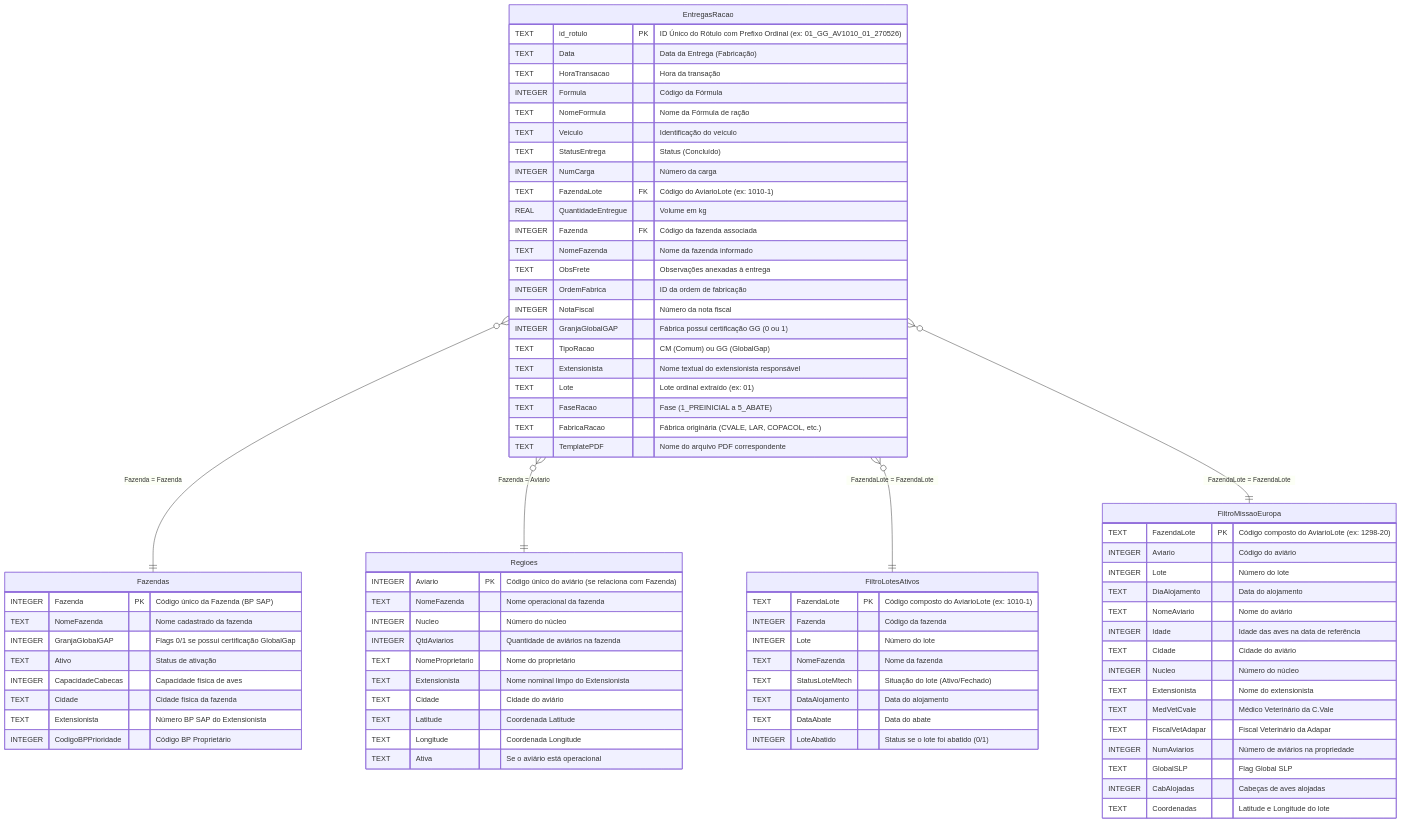
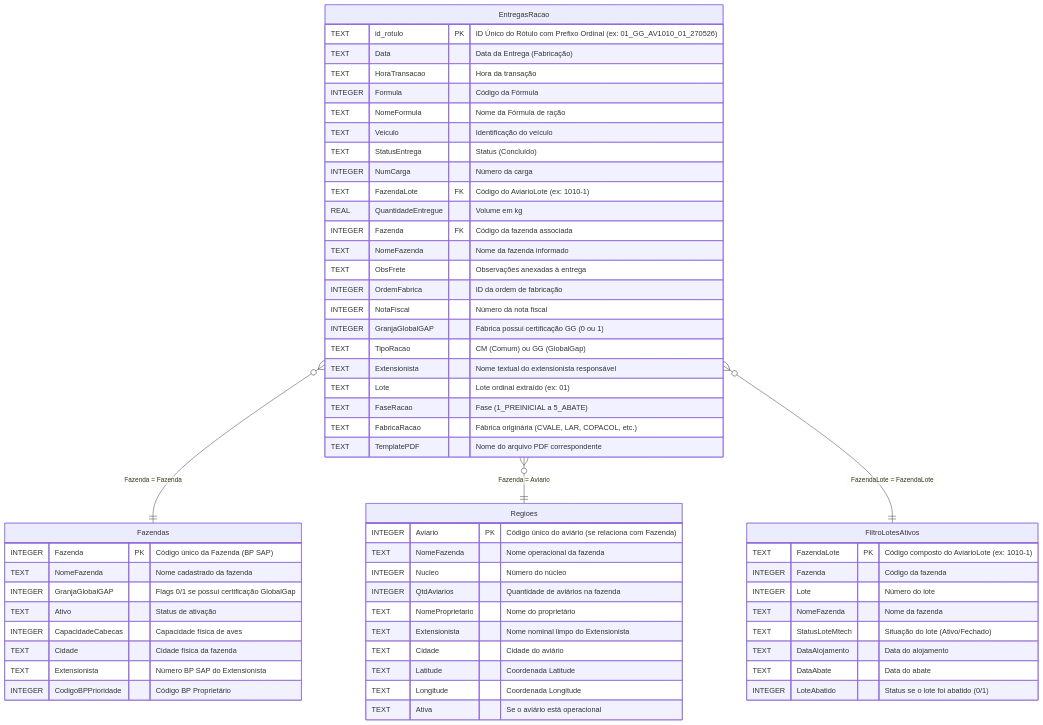
One commit to brunocorisco86/labelreprint changed the diagram in docs/mer.md. Above: the diagram before and after it, drawn with Mermaid. The commit also changed other lines of this file and 3 other files, not shown here.

Commit message:
fix: remover filtro FiltroMissaoEuropa e readequar consultas do portal no SQLite

````diff
--- a/docs/mer.md
+++ b/docs/mer.md
@@ -68,26 +68,7 @@
         INTEGER LoteAbatido "Status se o lote foi abatido (0/1)"
     }
 
-    FiltroMissaoEuropa {
-        TEXT FazendaLote PK "Código composto do AviarioLote (ex: 1298-20)"
-        INTEGER Aviario "Código do aviário"
-        INTEGER Lote "Número do lote"
-        TEXT DiaAlojamento "Data do alojamento"
-        TEXT NomeAviario "Nome do aviário"
-        INTEGER Idade "Idade das aves na data de referência"
-        TEXT Cidade "Cidade do aviário"
-        INTEGER Nucleo "Número do núcleo"
-        TEXT Extensionista "Nome do extensionista"
-        TEXT MedVetCvale "Médico Veterinário da C.Vale"
-        TEXT FiscalVetAdapar "Fiscal Veterinário da Adapar"
-        INTEGER NumAviarios "Número de aviários na propriedade"
-        TEXT GlobalSLP "Flag Global SLP"
-        INTEGER CabAlojadas "Cabeças de aves alojadas"
-        TEXT Coordenadas "Latitude e Longitude do lote"
-    }
-
     EntregasRacao }o--|| Fazendas : "Fazenda = Fazenda"
     EntregasRacao }o--|| Regioes : "Fazenda = Aviario"
     EntregasRacao }o--|| FiltroLotesAtivos : "FazendaLote = FazendaLote"
-    EntregasRacao }o--|| FiltroMissaoEuropa : "FazendaLote = FazendaLote"
 ```
````
